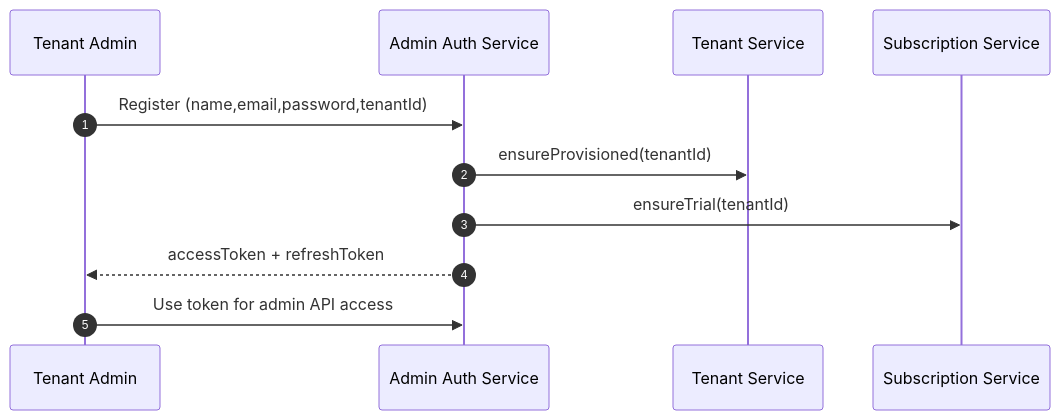
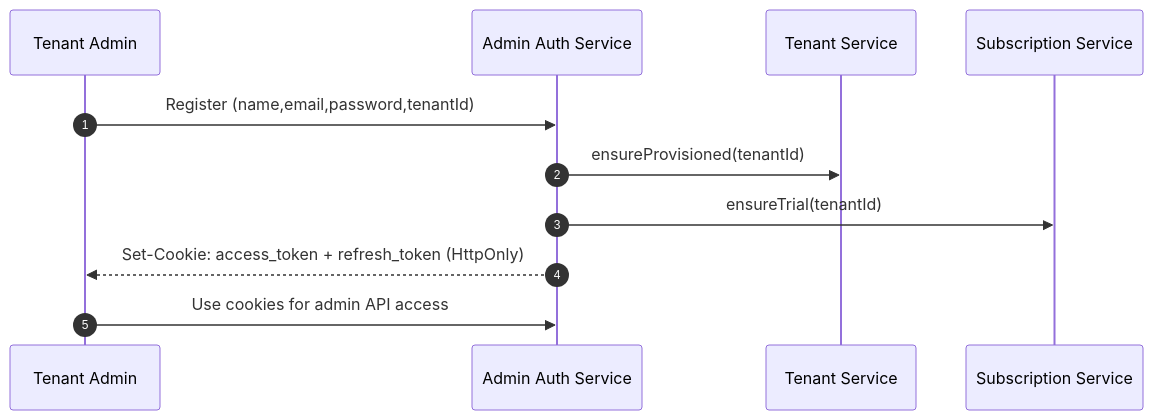
Before and after one commit to MuhibNayem/Survey-Engine: the second of 18 diagrams in docs/mvp/architecture-flow.md, drawn with Mermaid. The commit also changed other lines of this file and 90 other files, not shown here.

Commit message:
feat: Implement initial frontend structure with new UI components, authentication flows, and supporting backend services and database migration.

````diff
--- a/docs/mvp/architecture-flow.md
+++ b/docs/mvp/architecture-flow.md
@@ -150,14 +150,14 @@
 ```mermaid
 sequenceDiagram
   autonumber
   participant TA as Tenant Admin
   participant AA as Admin Auth Service
   participant TS as Tenant Service
   participant SS as Subscription Service
 
   TA->>AA: Register (name,email,password,tenantId)
   AA->>TS: ensureProvisioned(tenantId)
   AA->>SS: ensureTrial(tenantId)
-  AA-->>TA: accessToken + refreshToken
-  TA->>AA: Use token for admin API access
+  AA-->>TA: Set-Cookie: access_token + refresh_token (HttpOnly)
+  TA->>AA: Use cookies for admin API access
 ```
````
